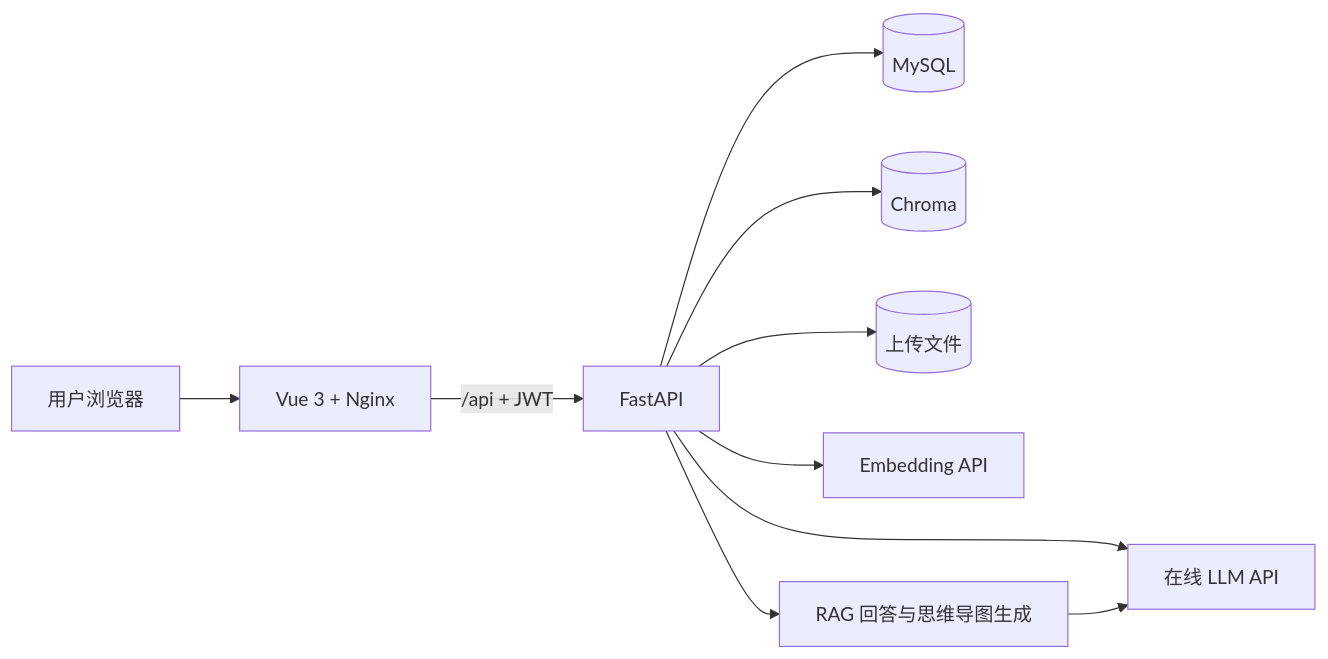
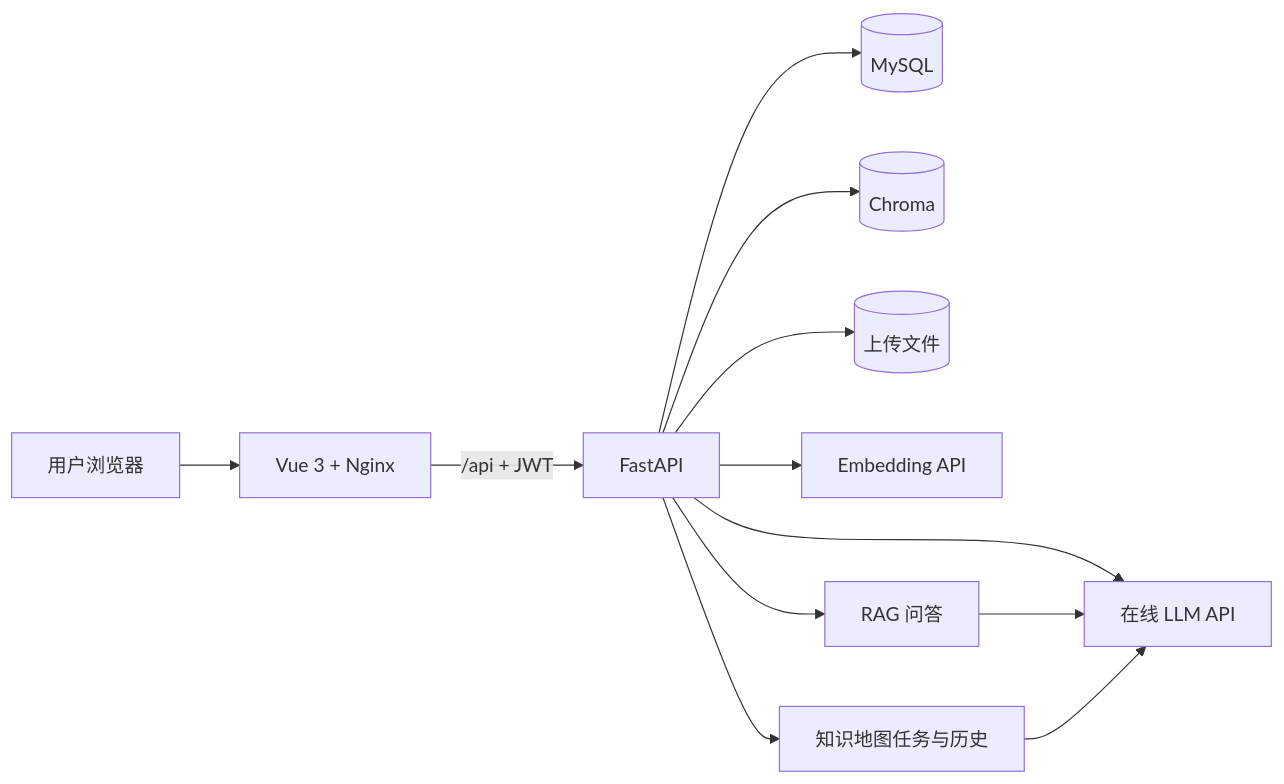
The diagram in README.md (Star23666/CodeMind), drawn with Mermaid before and after one commit. The commit also changed other lines of this file and 8 other files, not shown here.

````diff
--- a/README.md
+++ b/README.md
@@ -44,12 +47,14 @@
 ```mermaid
 flowchart LR
     User["用户浏览器"] --> Frontend["Vue 3 + Nginx"]
     Frontend -->|"/api + JWT"| Backend["FastAPI"]
     Backend --> MySQL[("MySQL")]
     Backend --> Chroma[("Chroma")]
     Backend --> Uploads[("上传文件")]
     Backend --> Embedding["Embedding API"]
     Backend --> LLM["在线 LLM API"]
-    Backend --> MindMap["RAG 回答与思维导图生成"]
+    Backend --> RAG["RAG 问答"]
+    Backend --> MindMap["知识地图任务与历史"]
+    RAG --> LLM
     MindMap --> LLM
 ```
````
